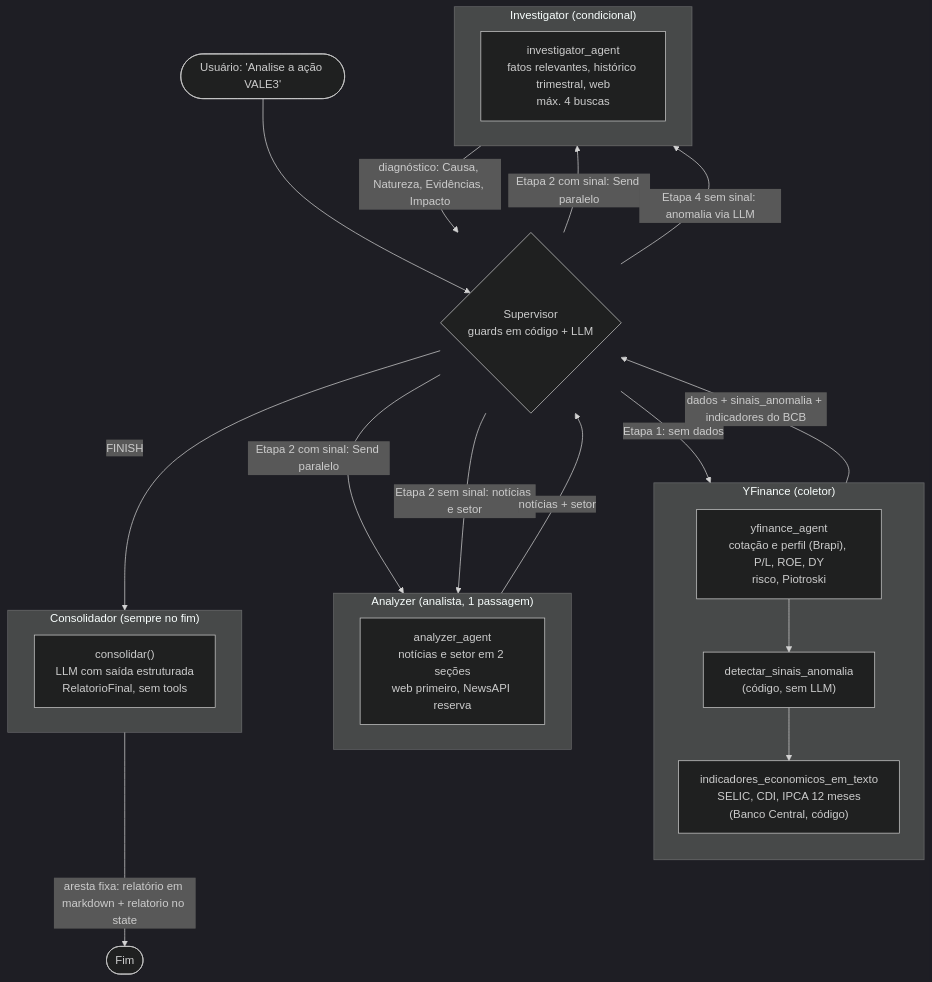
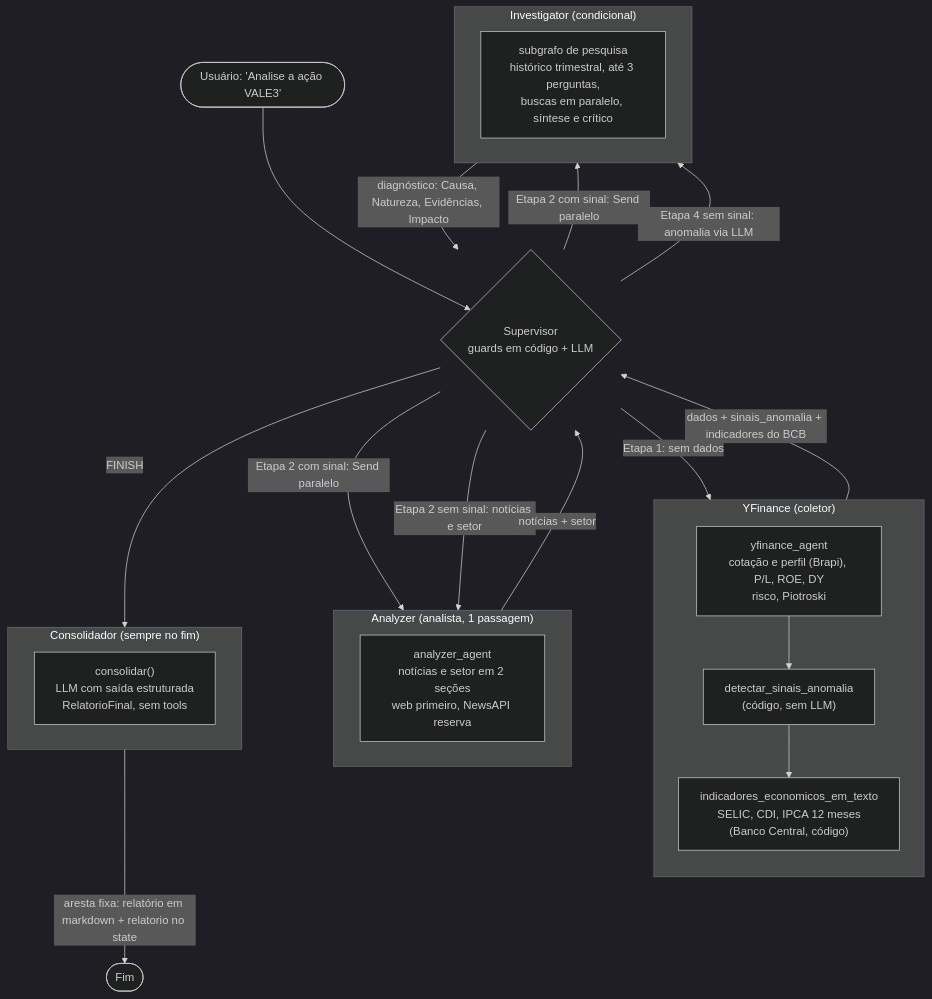
Before and after one commit to igorc22/pipeline-inteligencia-financeira-b3: the first of 8 diagrams in docs/arquitetura.md, drawn with Mermaid (dark theme). The commit also changed other lines of this file and 2 other files, not shown here.

Commit message:
docs: subgrafo de pesquisa no diário, na arquitetura e nos docs

````diff
--- a/docs/arquitetura.md
+++ b/docs/arquitetura.md
@@ -13,39 +13,39 @@
 ```mermaid
 flowchart TD
     U(["Usuário: 'Analise a ação VALE3'"]) --> S
 
     S{"Supervisor<br/>guards em código + LLM"}
 
     S -->|"Etapa 1: sem dados"| Y
     S -->|"Etapa 2 com sinal: Send paralelo"| A
     S -->|"Etapa 2 com sinal: Send paralelo"| I
     S -->|"Etapa 2 sem sinal: notícias e setor"| A
     S -->|"Etapa 4 sem sinal: anomalia via LLM"| I
     S -->|"FINISH"| C
 
     subgraph Y["YFinance (coletor)"]
         direction TB
         Y1["yfinance_agent<br/>cotação e perfil (Brapi), P/L, ROE, DY<br/>risco, Piotroski"]
         Y2["detectar_sinais_anomalia<br/>(código, sem LLM)"]
         Y3["indicadores_economicos_em_texto<br/>SELIC, CDI, IPCA 12 meses<br/>(Banco Central, código)"]
         Y1 --> Y2 --> Y3
     end
 
     subgraph A["Analyzer (analista, 1 passagem)"]
         A1["analyzer_agent<br/>notícias e setor em 2 seções<br/>web primeiro, NewsAPI reserva"]
     end
 
     subgraph I["Investigator (condicional)"]
-        I1["investigator_agent<br/>fatos relevantes, histórico trimestral, web<br/>máx. 4 buscas"]
+        I1["subgrafo de pesquisa<br/>histórico trimestral, até 3 perguntas,<br/>buscas em paralelo, síntese e crítico"]
     end
 
     subgraph C["Consolidador (sempre no fim)"]
         C1["consolidar()<br/>LLM com saída estruturada<br/>RelatorioFinal, sem tools"]
     end
 
     C -->|"aresta fixa: relatório em markdown + relatorio no state"| F(["Fim"])
 
     Y -->|"dados + sinais_anomalia + indicadores do BCB"| S
     A -->|"notícias + setor"| S
     I -->|"diagnóstico: Causa, Natureza, Evidências, Impacto"| S
 ```
````
